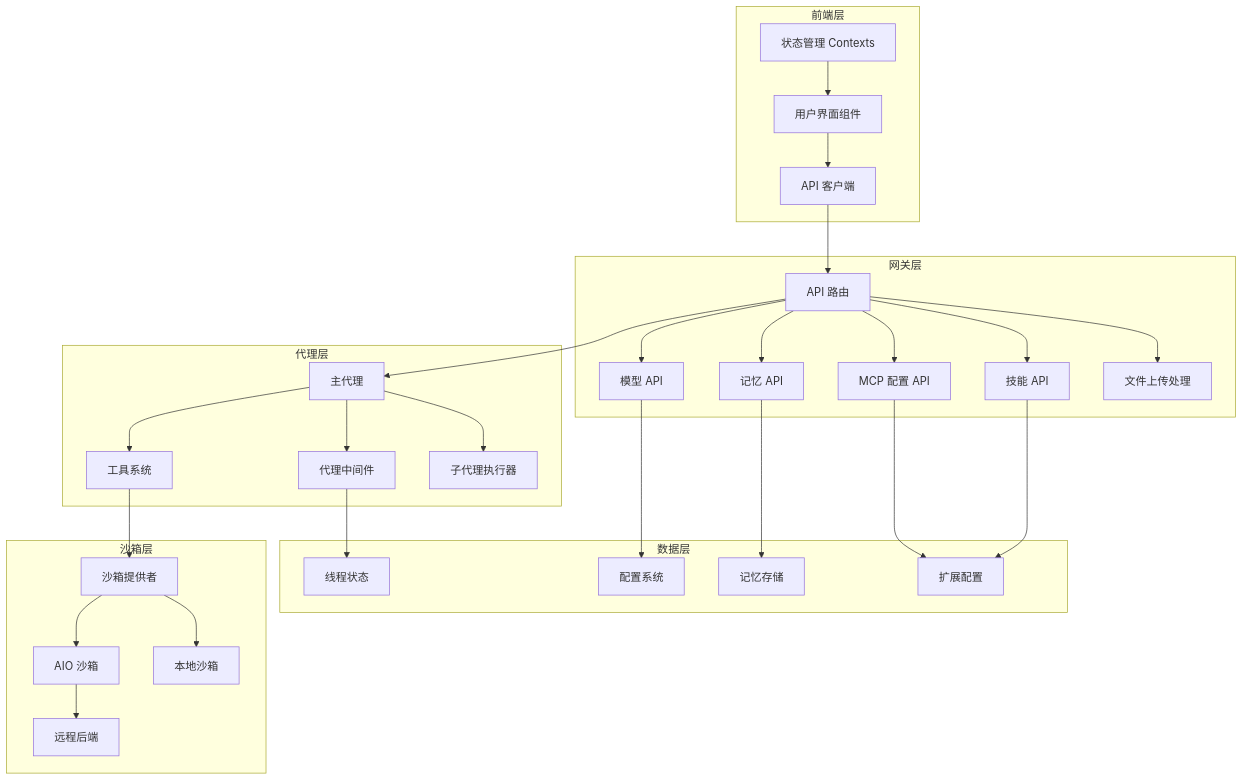
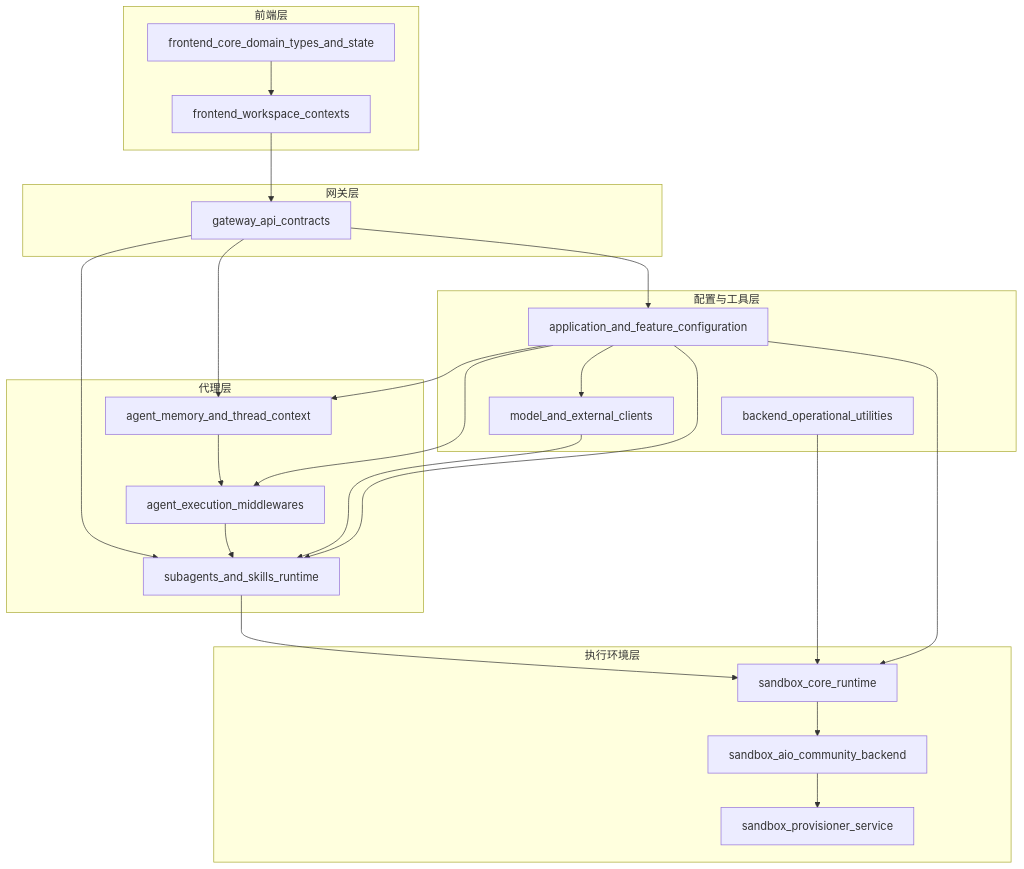
One commit to nerdneilsfield/code-wiki-pages changed the diagram in public/deer-flow-docs/overview.md. Above: the diagram before and after it, drawn with Mermaid. The commit also changed other lines of this file and 108 other files, not shown here.

Commit message:
module: add deer-flow

````diff
--- a/public/deer-flow-docs/overview.md
+++ b/public/deer-flow-docs/overview.md
@@ -20,60 +27,47 @@
 ```mermaid
 graph TB
     subgraph "前端层"
-        UI[用户界面组件]
-        State[状态管理 Contexts]
-        API[API 客户端]
+        A[frontend_core_domain_types_and_state]
+        B[frontend_workspace_contexts]
     end
-
+    
     subgraph "网关层"
-        Routes[API 路由]
-        Uploads[文件上传处理]
-        SkillsAPI[技能 API]
-        MCPAPI[MCP 配置 API]
-        MemoryAPI[记忆 API]
-        ModelsAPI[模型 API]
+        C[gateway_api_contracts]
     end
-
+    
     subgraph "代理层"
-        MainAgent[主代理]
-        Subagents[子代理执行器]
-        Middlewares[代理中间件]
-        Tools[工具系统]
+        D[agent_memory_and_thread_context]
+        E[agent_execution_middlewares]
+        F[subagents_and_skills_runtime]
     end
-
-    subgraph "沙箱层"
-        SandboxProvider[沙箱提供者]
-        LocalSandbox[本地沙箱]
-        AioSandbox[AIO 沙箱]
-        RemoteBackend[远程后端]
+    
+    subgraph "执行环境层"
+        G[sandbox_core_runtime]
+        H[sandbox_aio_community_backend]
+        I[sandbox_provisioner_service]
     end
-
-    subgraph "数据层"
-        Config[配置系统]
-        Memory[记忆存储]
-        ThreadState[线程状态]
-        Extensions[扩展配置]
+    
+    subgraph "配置与工具层"
+        J[application_and_feature_configuration]
+        K[model_and_external_clients]
+        L[backend_operational_utilities]
     end
-
-    UI --> API
-    State --> UI
-    API --> Routes
-    Routes --> Uploads
-    Routes --> SkillsAPI
-    Routes --> MCPAPI
-    Routes --> MemoryAPI
-    Routes --> ModelsAPI
-    Routes --> MainAgent
-    MainAgent --> Subagents
-    MainAgent --> Middlewares
-    MainAgent --> Tools
-    Tools --> SandboxProvider
-    SandboxProvider --> LocalSandbox
-    SandboxProvider --> AioSandbox
-    AioSandbox --> RemoteBackend
-    Middlewares --> ThreadState
-    MemoryAPI --> Memory
-    SkillsAPI --> Extensions
-    MCPAPI --> Extensions
-    ModelsAPI --> Config
+    
+    A --> B
+    B --> C
+    C --> D
+    C --> F
+    C --> J
+    D --> E
+    E --> F
+    F --> G
+    G --> H
+    H --> I
+    K --> F
+    L --> G
+    J --> D
+    J --> E
+    J --> F
+    J --> G
+    J --> K
 ```
````
